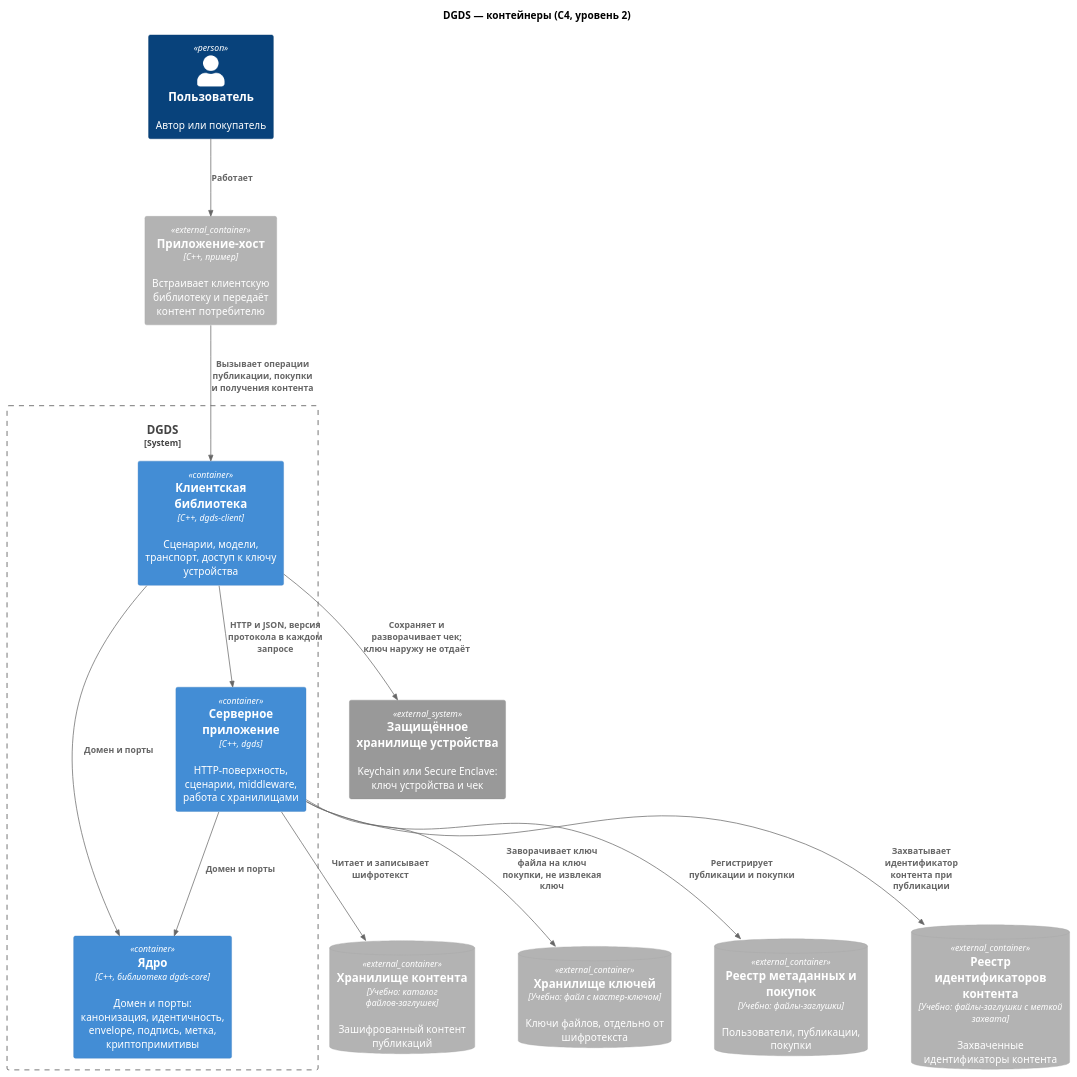
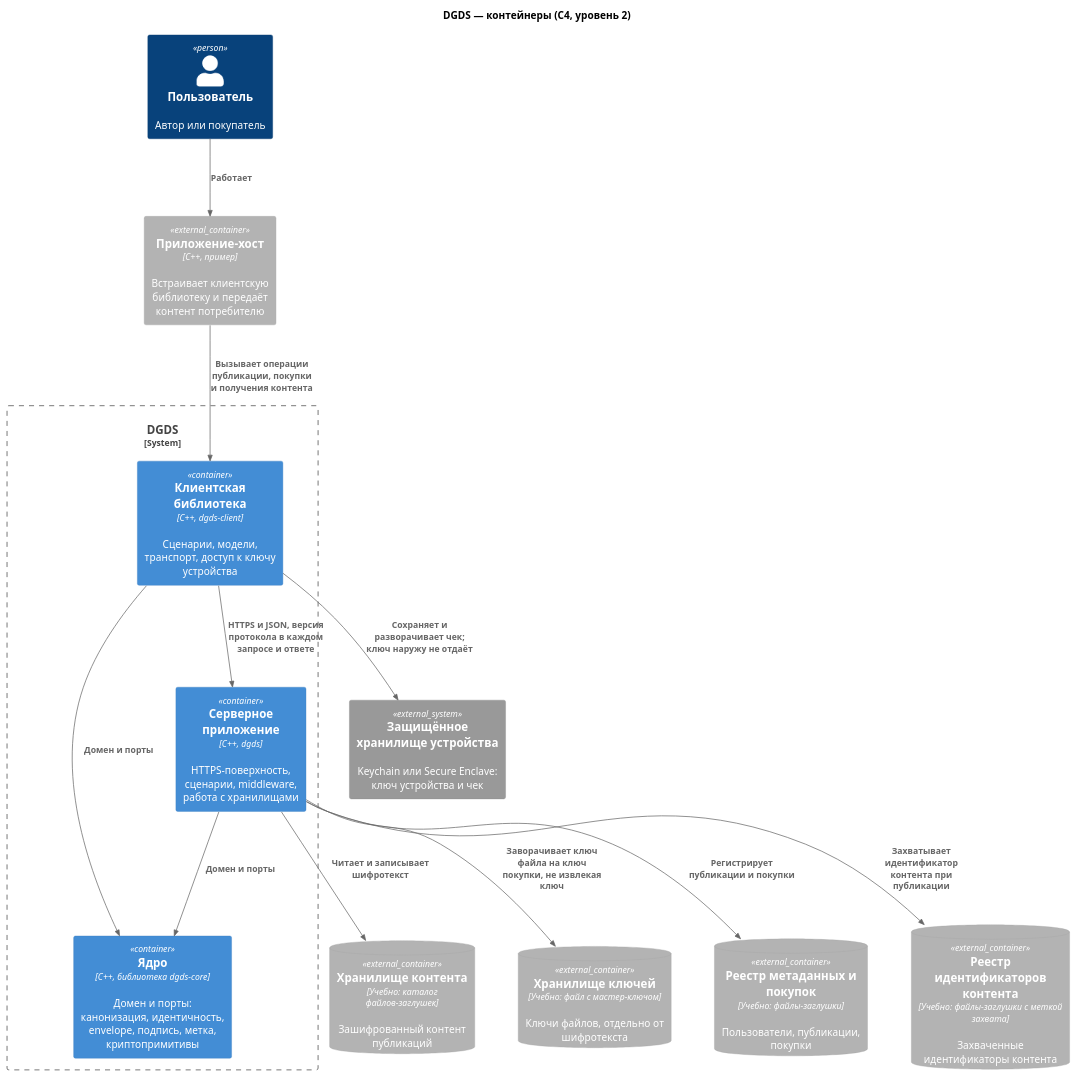
The diagram in docs/architecture/02-containers.puml (plushcube/dgds), drawn with PlantUML before and after one commit. The commit also changed 65 other files, not shown here.

```diff
--- a/docs/architecture/02-containers.puml
+++ b/docs/architecture/02-containers.puml
@@ -1,35 +1,35 @@
 @startuml
 !include <C4/C4_Container>
 
 title DGDS — контейнеры (C4, уровень 2)
 
 skinparam nodesep 60
 skinparam ranksep 90
 
 Person(user, "Пользователь", "Автор или покупатель")
 Container_Ext(host, "Приложение-хост", "C++, пример", "Встраивает клиентскую библиотеку и передаёт контент потребителю")
 
 System_Boundary(dgds, "DGDS") {
   Container(client, "Клиентская библиотека", "C++, dgds-client", "Сценарии, модели, транспорт, доступ к ключу устройства")
-  Container(server, "Серверное приложение", "C++, dgds", "HTTP-поверхность, сценарии, middleware, работа с хранилищами")
+  Container(server, "Серверное приложение", "C++, dgds", "HTTPS-поверхность, сценарии, middleware, работа с хранилищами")
   Container(core, "Ядро", "C++, библиотека dgds-core", "Домен и порты: канонизация, идентичность, envelope, подпись, метка, криптопримитивы")
 }
 
 System_Ext(devicekey, "Защищённое хранилище устройства", "Keychain или Secure Enclave: ключ устройства и чек")
 ContainerDb_Ext(blobs, "Хранилище контента", "Учебно: каталог файлов-заглушек", "Зашифрованный контент публикаций")
 ContainerDb_Ext(keys, "Хранилище ключей", "Учебно: файл с мастер-ключом", "Ключи файлов, отдельно от шифротекста")
 ContainerDb_Ext(meta, "Реестр метаданных и покупок", "Учебно: файлы-заглушки", "Пользователи, публикации, покупки")
 ContainerDb_Ext(identities, "Реестр идентификаторов контента", "Учебно: файлы-заглушки с меткой захвата", "Захваченные идентификаторы контента")
 
 Rel(user, host, "Работает")
 Rel(host, client, "Вызывает операции публикации, покупки и получения контента")
 Rel_D(client, core, "Домен и порты")
 Rel_D(server, core, "Домен и порты")
-Rel(client, server, "HTTP и JSON, версия протокола в каждом запросе")
+Rel(client, server, "HTTPS и JSON, версия протокола в каждом запросе и ответе")
 Rel(client, devicekey, "Сохраняет и разворачивает чек; ключ наружу не отдаёт")
 Rel(server, blobs, "Читает и записывает шифротекст")
 Rel(server, keys, "Заворачивает ключ файла на ключ покупки, не извлекая ключ")
 Rel(server, meta, "Регистрирует публикации и покупки")
 Rel(server, identities, "Захватывает идентификатор контента при публикации")
 
 @enduml
```
